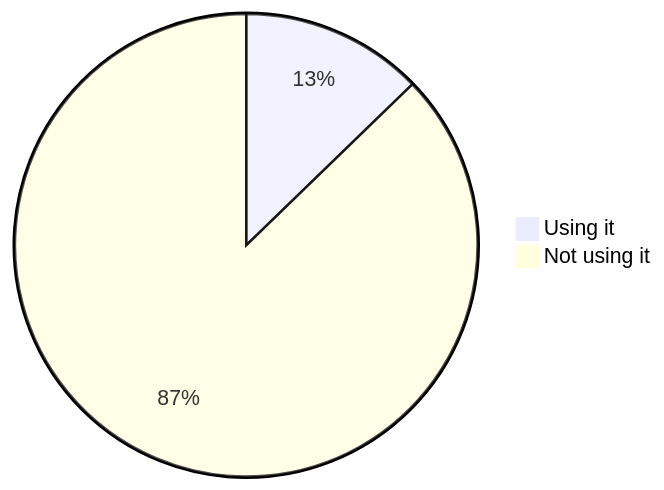
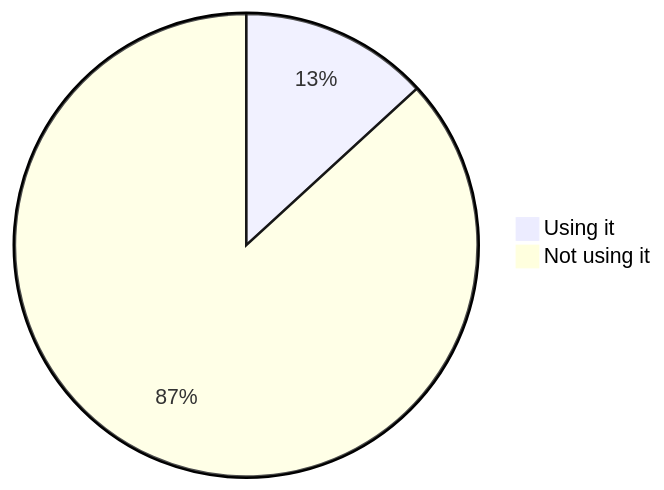
One commit to oshp/oshp-stats changed the fourth of 22 diagrams in stats.md. Above: the diagram before and after it, drawn with Mermaid. The commit also changed other lines of this file, not shown here.

````diff
--- a/stats.md
+++ b/stats.md
@@ -46,6 +46,6 @@
 ```mermaid
 pie
-	"Using it" : 12.75
-	"Not using it" : 87.25
+	"Using it" : 13.18
+	"Not using it" : 86.82
 
 ```
````
